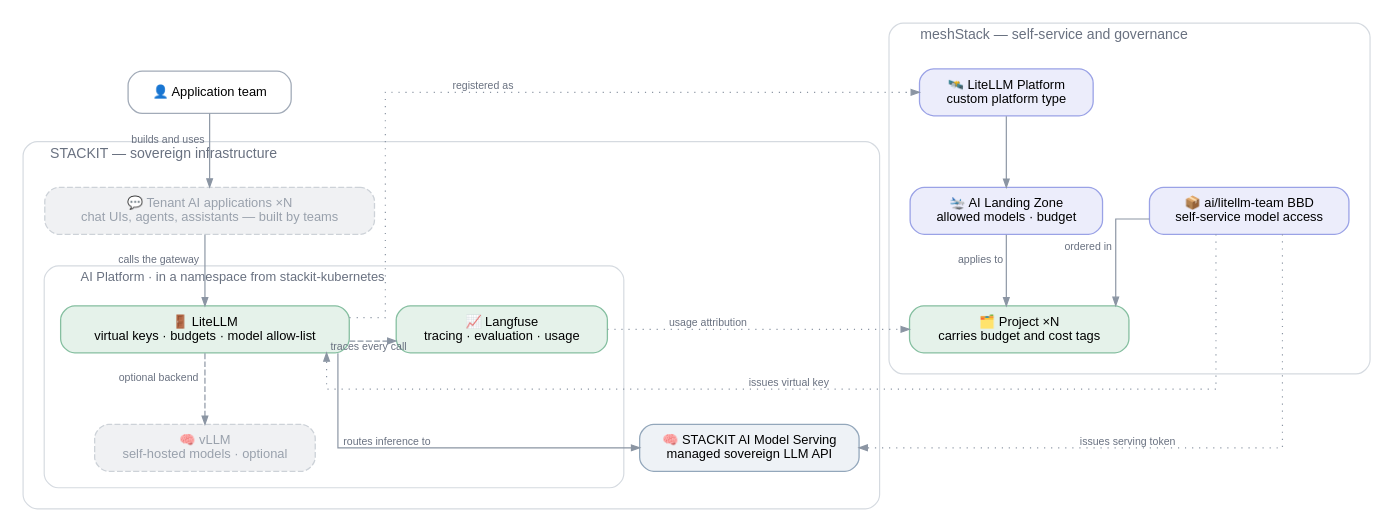
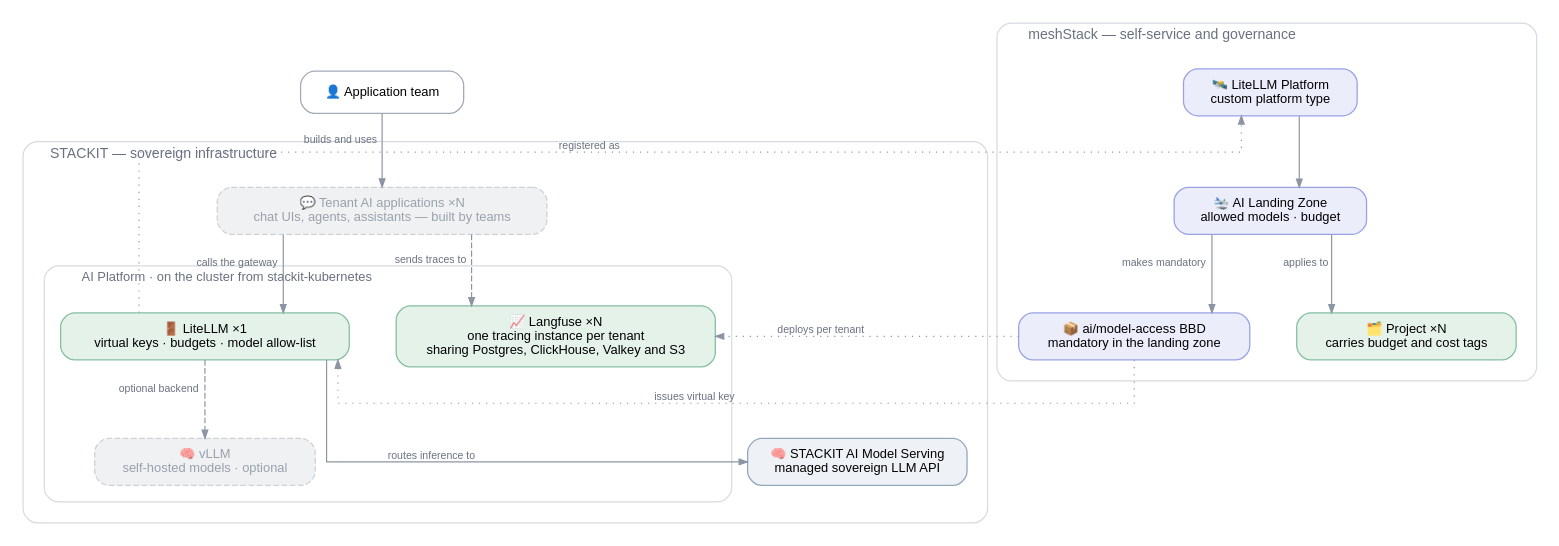
One commit to meshcloud/meshstack-hub changed the diagram in reference-architectures/ai-platform/ai-platform.dot. Above: the diagram before and after it, drawn with Graphviz. The commit also changed 18 other files, not shown here.

```diff
--- a/reference-architectures/ai-platform/ai-platform.dot
+++ b/reference-architectures/ai-platform/ai-platform.dot
@@ -1,77 +1,78 @@
 /*
  * AI Platform reference architecture — the STACKIT implementation.
  * Conventions: .agents/references/diagrams.md — render with: task diagrams
  */
 digraph ai_platform {
   rankdir=TB
   splines=ortho
   forcelabels=true
   bgcolor="white"
   nodesep=0.55
   ranksep=0.85
 
   node [shape=box style="rounded,filled" fontname="Helvetica" fontsize=11
         fillcolor="#ffffff" color="#a2abb8" penwidth=1.1 margin="0.20,0.11"]
   edge [fontname="Helvetica" fontsize=9 fontcolor="#697180" color="#8b95a3" arrowsize=0.7]
 
   USER [label="👤 Application team" fillcolor="#ffffff" color="#a2abb8"]
 
   subgraph cluster_stackit {
     label="  STACKIT — sovereign infrastructure"
     labeljust=l
     fontname="Helvetica" fontsize=12 fontcolor="#697180"
     style="rounded" color="#d5dae0"
     margin=18
 
     subgraph cluster_stack {
-      label="  AI Platform · in a namespace from stackit-kubernetes"
+      label="  AI Platform · on the cluster from stackit-kubernetes"
       labeljust=l
       fontname="Helvetica" fontsize=11 fontcolor="#697180"
       style="rounded" color="#d5dae0"
       margin=14
 
-      LITELLM  [label="🚪 LiteLLM\nvirtual keys · budgets · model allow-list" fillcolor="#e5f2ea" color="#85bfa0"]
-      LANGFUSE [label="📈 Langfuse\ntracing · evaluation · usage" fillcolor="#e5f2ea" color="#85bfa0"]
+      LITELLM  [label="🚪 LiteLLM ×1\nvirtual keys · budgets · model allow-list" fillcolor="#e5f2ea" color="#85bfa0"]
+      LANGFUSE [label="📈 Langfuse ×N\none tracing instance per tenant\nsharing Postgres, ClickHouse, Valkey and S3" fillcolor="#e5f2ea" color="#85bfa0"]
       VLLM     [label="🧠 vLLM\nself-hosted models · optional"
                 fillcolor="#f0f1f3" color="#cdd2d8" fontcolor="#99a1ac" style="rounded,filled,dashed"]
 
       { rank=same; LITELLM -> LANGFUSE [style=invis] }
 
-      LITELLM -> LANGFUSE [xlabel="traces every call" style=dashed constraint=false]
-      LITELLM -> VLLM     [xlabel="optional backend" style=dashed]
+      LITELLM -> VLLM [xlabel="optional backend" style=dashed]
     }
 
     APPS [label="💬 Tenant AI applications ×N\nchat UIs, agents, assistants — built by teams"
           fillcolor="#f0f1f3" color="#cdd2d8" fontcolor="#99a1ac" style="rounded,filled,dashed"]
 
     MODEL [label="🧠 STACKIT AI Model Serving\nmanaged sovereign LLM API" fillcolor="#eef2f6" color="#93a7bb"]
 
-    APPS    -> LITELLM [xlabel="calls the gateway"]
-    LITELLM -> MODEL   [xlabel="routes inference to"]
+    APPS     -> LITELLM  [xlabel="calls the gateway"]
+    APPS     -> LANGFUSE [xlabel="sends traces to" style=dashed]
+    LITELLM  -> MODEL    [xlabel="routes inference to"]
   }
 
   subgraph cluster_mesh {
     label="  meshStack — self-service and governance"
     labeljust=l
     fontname="Helvetica" fontsize=12 fontcolor="#697180"
     style="rounded" color="#d5dae0"
     margin=18
 
     PLAT  [label="🛰️ LiteLLM Platform\ncustom platform type" fillcolor="#ecedfb" color="#9aa2e6"]
     LZ    [label="🛬 AI Landing Zone\nallowed models · budget" fillcolor="#ecedfb" color="#9aa2e6"]
-    BBD_M [label="📦 ai/litellm-team BBD\nself-service model access" fillcolor="#ecedfb" color="#9aa2e6"]
+    BBD_M [label="📦 ai/model-access BBD\nmandatory in the landing zone" fillcolor="#ecedfb" color="#9aa2e6"]
     PROJ  [label="🗂️ Project ×N\ncarries budget and cost tags" fillcolor="#e5f2ea" color="#85bfa0"]
 
-    { rank=same; LZ -> BBD_M [style=invis] }
+    # The landing zone is the layer above both: it applies to the project and it makes the
+    # definition mandatory, so the two sit on one row below it.
+    { rank=same; BBD_M -> PROJ [style=invis] }
 
-    PLAT  -> LZ
-    LZ    -> PROJ  [xlabel="applies to"]
-    BBD_M -> PROJ  [xlabel="ordered in" constraint=false]
+    PLAT -> LZ
+    LZ   -> BBD_M [xlabel="makes mandatory"]
+    LZ   -> PROJ  [xlabel="applies to"]
   }
 
-  USER  -> APPS     [xlabel="builds and uses"]
-  LITELLM -> PLAT   [xlabel="registered as" style=dotted constraint=false]
-  BBD_M -> LITELLM  [xlabel="issues virtual key" style=dotted constraint=false]
-  BBD_M -> MODEL    [xlabel="issues serving token" style=dotted constraint=false]
-  LANGFUSE -> PROJ  [xlabel="usage attribution" style=dotted constraint=false]
+  USER     -> APPS     [xlabel="builds and uses"]
+  LITELLM  -> PLAT     [xlabel="registered as" style=dotted constraint=false]
+  BBD_M    -> LITELLM  [xlabel="issues virtual key" style=dotted constraint=false]
+  BBD_M    -> LANGFUSE [xlabel="deploys per tenant" style=dotted constraint=false]
 }
```
